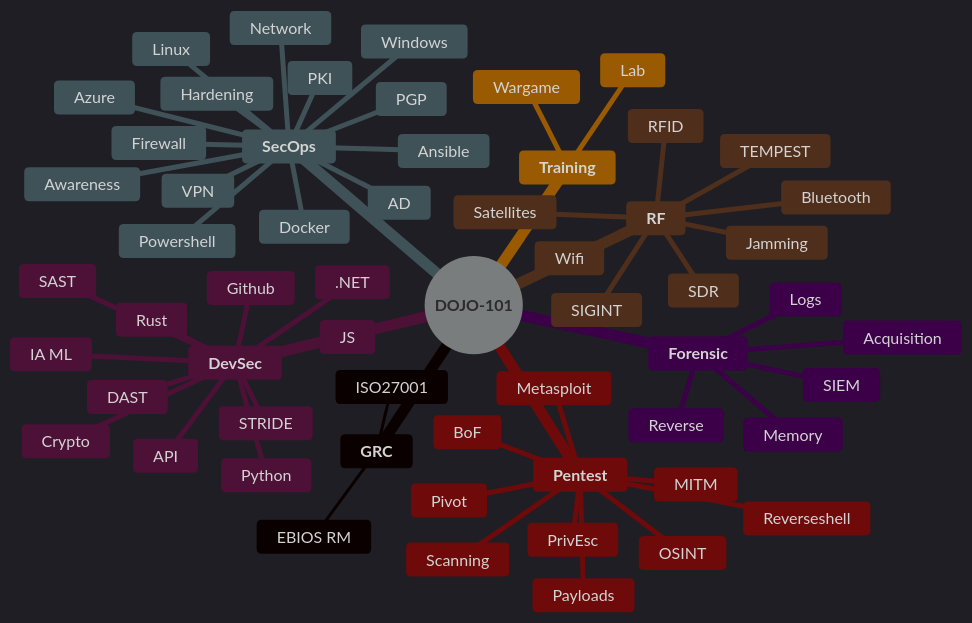
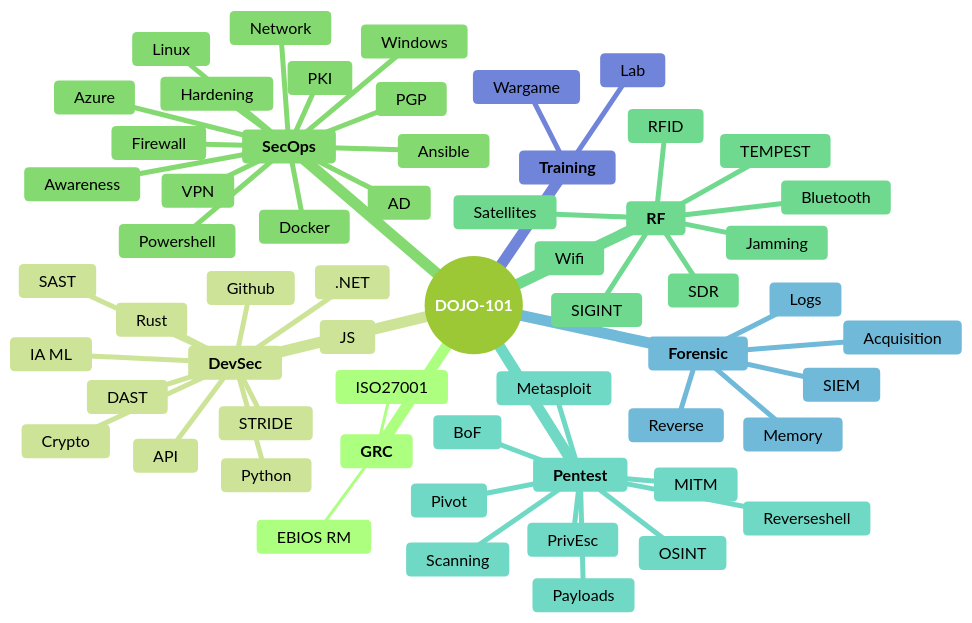
One commit to Aif4thah/Dojo-101 changed the diagram in README.md. Above: the diagram before and after it, drawn with Mermaid.

````diff
--- a/README.md
+++ b/README.md
@@ -26,71 +26,71 @@
 ```mermaid
-%%{ init: { "theme": "dark" } }%%
+%%{ init: { "theme": "forest" } }%%
 mindmap
   root((**DOJO-101**))
 
       **GRC**
         ISO27001
         EBIOS RM
     
     **DevSec**
         Crypto
         Github
         IA ML
         SAST
         DAST
         STRIDE
         API
         Python
         .NET
         JS
         Rust
 
     **SecOps**
         Awareness
         Hardening
         Windows
         AD
         Linux
         Azure
         Docker
         Ansible
         Powershell
         Firewall
         VPN
         PKI
         PGP
         Network
 
     **RF**
         SDR
         TEMPEST
         SIGINT
         Wifi
         RFID
         Bluetooth
         Jamming
         Satellites
 
     **Pentest**
         OSINT
         Scanning
         Metasploit
         BoF
         MITM
         Payloads
         Reverseshell
         Pivot
         PrivEsc
 
     **Forensic**
         Acquisition
         Memory
         Reverse
         Logs
         SIEM
 
     **Training**
         Lab
         Wargame
 
 ```
````
